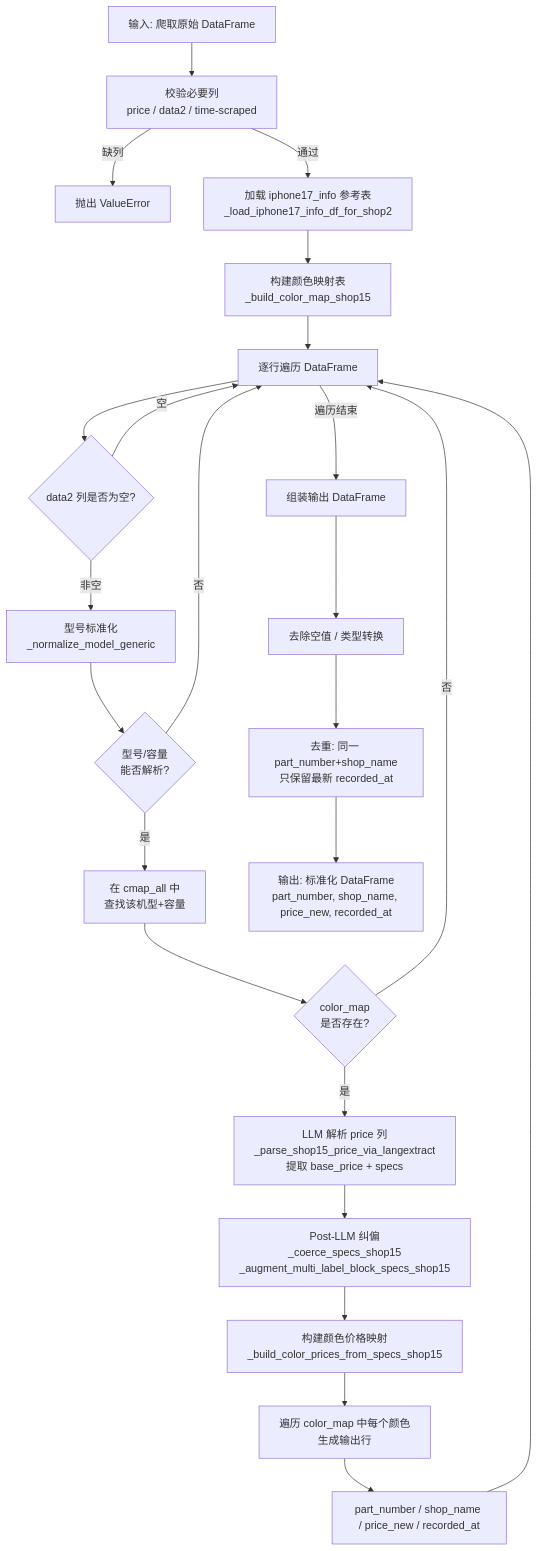
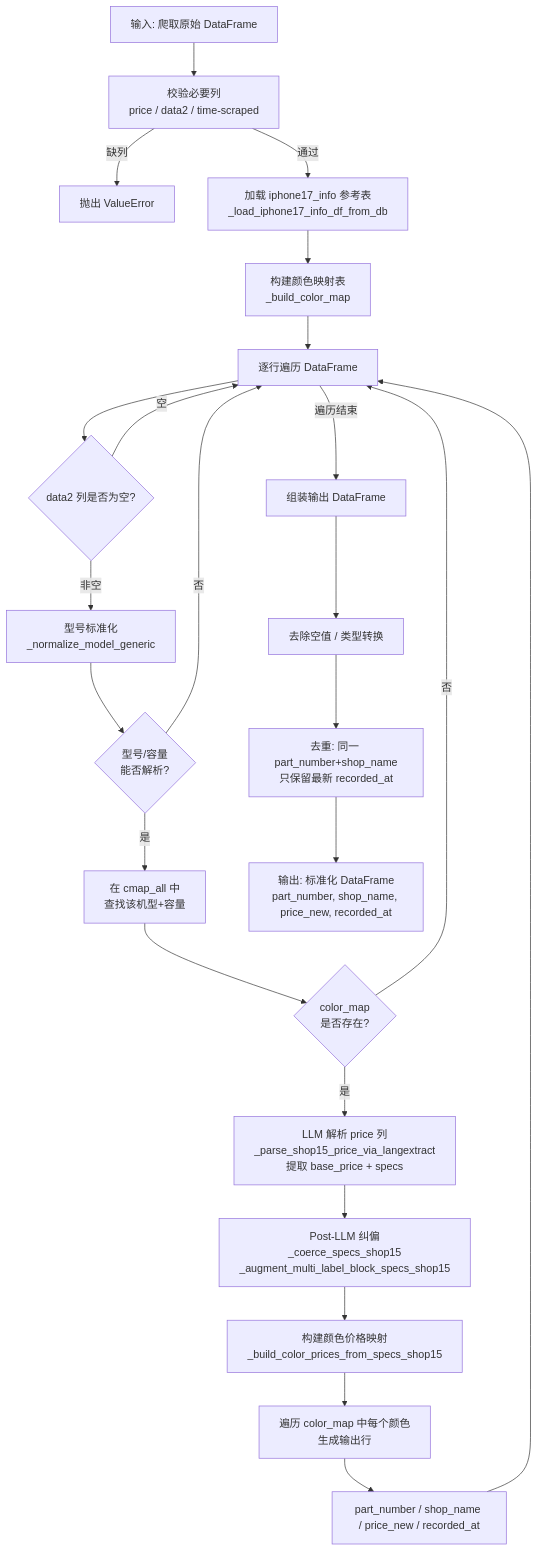
One commit to zhujiansamuel/YamagotiProjects changed the first of 13 diagrams in doc_shop/shop15_cleaner.md. Above: the diagram before and after it, drawn with Mermaid. The commit also changed other lines of this file and 44 other files, not shown here.

````diff
--- a/doc_shop/shop15_cleaner.md
+++ b/doc_shop/shop15_cleaner.md
@@ -12,32 +12,32 @@
 ```mermaid
 flowchart TD
     A[输入: 爬取原始 DataFrame] --> B[校验必要列\nprice / data2 / time-scraped]
     B -->|缺列| B1[抛出 ValueError]
-    B -->|通过| C[加载 iphone17_info 参考表\n_load_iphone17_info_df_for_shop2]
-    C --> D[构建颜色映射表\n_build_color_map_shop15]
+    B -->|通过| C[加载 iphone17_info 参考表\n_load_iphone17_info_df_from_db]
+    C --> D[构建颜色映射表\n_build_color_map]
     D --> E[逐行遍历 DataFrame]
 
     E --> F{data2 列是否为空?}
     F -->|空| E
     F -->|非空| G[型号标准化\n_normalize_model_generic]
 
     G --> H{型号/容量\n能否解析?}
     H -->|否| E
     H -->|是| I[在 cmap_all 中\n查找该机型+容量]
 
     I --> J{color_map\n是否存在?}
     J -->|否| E
     J -->|是| K[LLM 解析 price 列\n_parse_shop15_price_via_langextract\n提取 base_price + specs]
 
     K --> L[Post-LLM 纠偏\n_coerce_specs_shop15\n_augment_multi_label_block_specs_shop15]
     L --> M[构建颜色价格映射\n_build_color_prices_from_specs_shop15]
 
     M --> N[遍历 color_map 中每个颜色\n生成输出行]
     N --> O[part_number / shop_name / price_new / recorded_at]
     O --> E
 
     E -->|遍历结束| P[组装输出 DataFrame]
     P --> Q[去除空值 / 类型转换]
     Q --> R[去重: 同一 part_number+shop_name\n只保留最新 recorded_at]
     R --> S[输出: 标准化 DataFrame\npart_number, shop_name, price_new, recorded_at]
 ```
````
